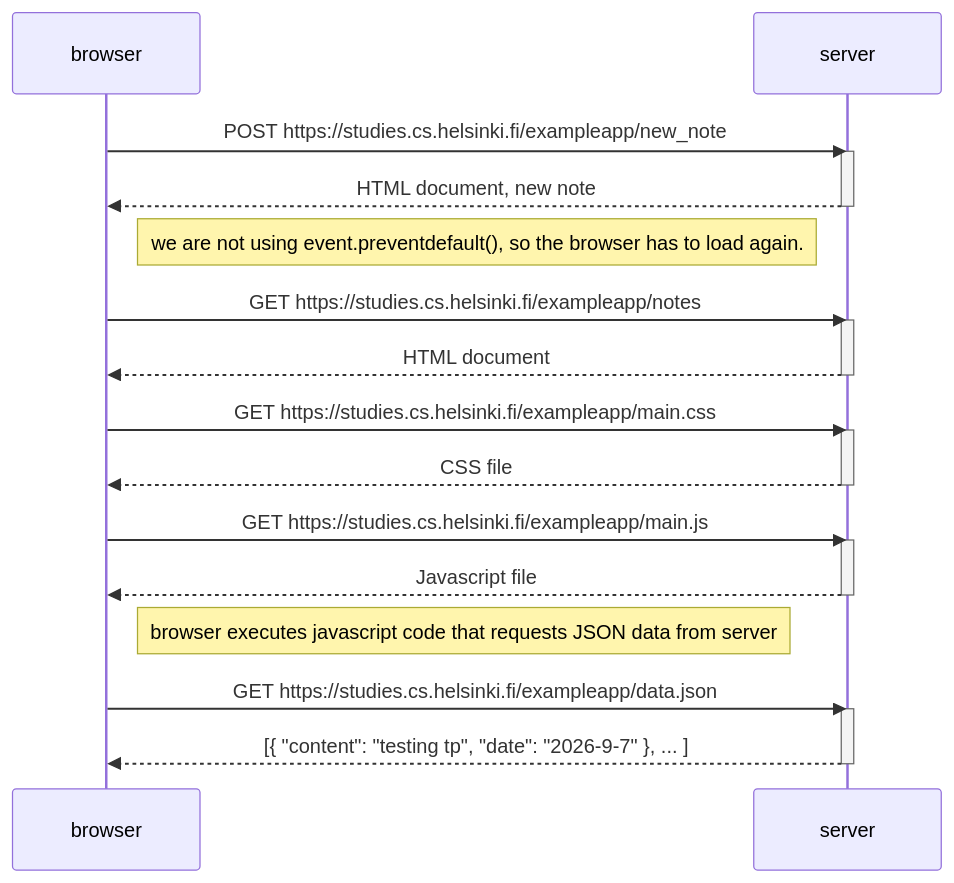
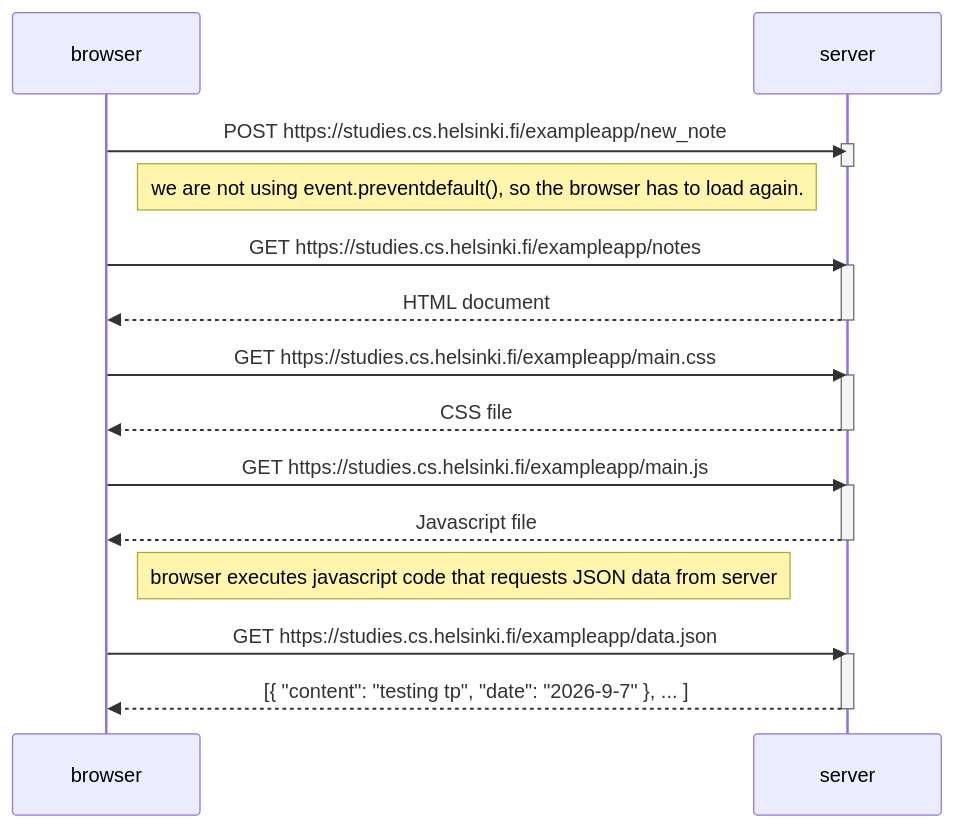
The diagram in osa 0/0.4.md (GaffGit/Fullstackopen), drawn with Mermaid before and after one commit.

Commit message:
Remove server response from new note flow

`````diff
--- a/osa 0/0.4.md
+++ b/osa 0/0.4.md
@@ -1,34 +1,33 @@
 ````mermaid
 sequenceDiagram
     participant browser
     participant server
     
     browser->>server: POST https://studies.cs.helsinki.fi/exampleapp/new_note
     activate server
-    server-->>browser: HTML document, new note
     deactivate server
 
     Note right of browser: we are not using event.preventdefault(), so the browser has to load again.
     
     browser->>server: GET https://studies.cs.helsinki.fi/exampleapp/notes
     activate server
     server-->>browser: HTML document
     deactivate server
     
     browser->>server: GET https://studies.cs.helsinki.fi/exampleapp/main.css
     activate server
     server-->>browser: CSS file
     deactivate server
     
     browser->>server: GET https://studies.cs.helsinki.fi/exampleapp/main.js
     activate server
     server-->>browser: Javascript file
     deactivate server
 
     Note right of browser: browser executes javascript code that requests JSON data from server
     
     browser->>server: GET https://studies.cs.helsinki.fi/exampleapp/data.json
     activate server
     server-->>browser: [{ "content": "testing tp", "date": "2026-9-7" }, ... ]
     deactivate server
 ````
`````
